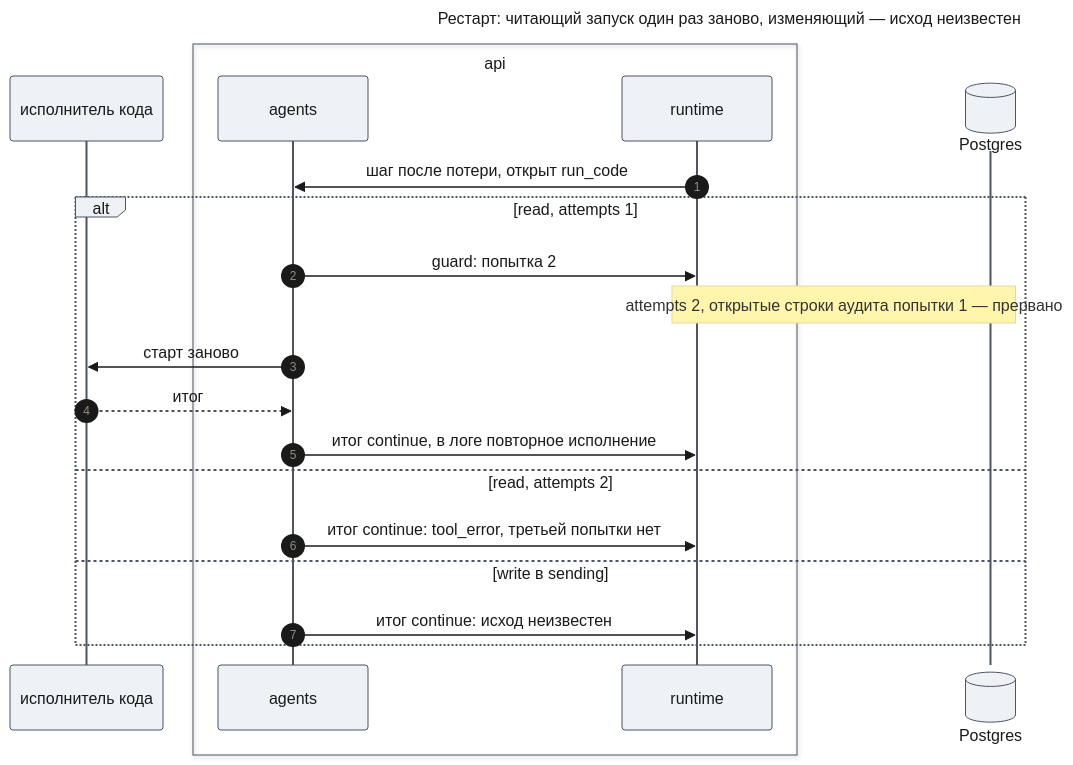
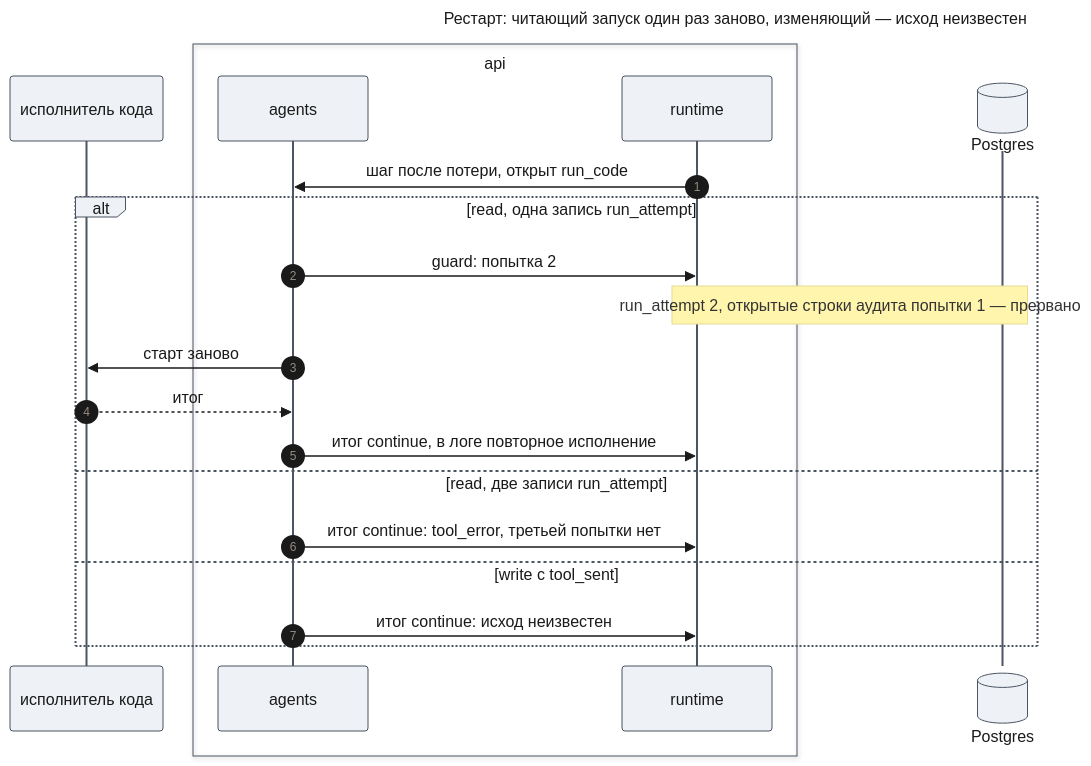
Before and after one commit to tundraray/agent-os: the ninth of 11 diagrams in docs/features/code-execution/design-code-execution.md, drawn with Mermaid. The commit also changed other lines of this file and 420 other files, not shown here.

````diff
--- a/docs/features/code-execution/design-code-execution.md
+++ b/docs/features/code-execution/design-code-execution.md
@@ -715,43 +715,43 @@
 ```mermaid
 ---
 title: "Рестарт: читающий запуск один раз заново, изменяющий — исход неизвестен"
 config:
   theme: base
   look: classic
   themeVariables:
     primaryColor: "#eef1f5"
     primaryBorderColor: "#4b5563"
     primaryTextColor: "#1a1a1a"
     lineColor: "#6b7280"
   themeCSS: |
     @keyframes lit_ce5{0%,12.86%{stroke:#991b1b;stroke-width:6px}14.29%,100%{stroke:#37474f;stroke-width:2px}}
     @keyframes litr_ce5{0%,12.86%{stroke:#1d4ed8;stroke-width:6px}14.29%,100%{stroke:#37474f;stroke-width:2px}}
     .messageLine0[data-id='i1'],.messageLine1[data-id='i1']{animation:lit_ce5 8.4s linear 0s infinite}
     .messageLine0[data-id='i3'],.messageLine1[data-id='i3']{animation:lit_ce5 8.4s linear 1.2s infinite}
     .messageLine0[data-id='i5'],.messageLine1[data-id='i5']{animation:lit_ce5 8.4s linear 2.4s infinite}
     .messageLine0[data-id='i6'],.messageLine1[data-id='i6']{animation:litr_ce5 8.4s linear 3.6s infinite}
     .messageLine0[data-id='i7'],.messageLine1[data-id='i7']{animation:lit_ce5 8.4s linear 4.8s infinite}
     .messageLine0[data-id='i9'],.messageLine1[data-id='i9']{animation:lit_ce5 8.4s linear 6s infinite}
     .messageLine0[data-id='i11'],.messageLine1[data-id='i11']{animation:lit_ce5 8.4s linear 7.2s infinite}
 ---
 sequenceDiagram
     autonumber
     participant CR as исполнитель кода
     box api
     participant AG as agents
     participant RT as runtime
     end
     participant DB@{ "type": "database" } as Postgres
     RT->>AG: шаг после потери, открыт run_code
-    alt read, attempts 1
+    alt read, одна запись run_attempt
         AG->>RT: guard: попытка 2
-        Note over RT,DB: attempts 2, открытые строки аудита попытки 1 — прервано
+        Note over RT,DB: run_attempt 2, открытые строки аудита попытки 1 — прервано
         AG->>CR: старт заново
         CR-->>AG: итог
         AG->>RT: итог continue, в логе повторное исполнение
-    else read, attempts 2
+    else read, две записи run_attempt
         AG->>RT: итог continue: tool_error, третьей попытки нет
-    else write в sending
+    else write с tool_sent
         AG->>RT: итог continue: исход неизвестен
     end
 ```
````
